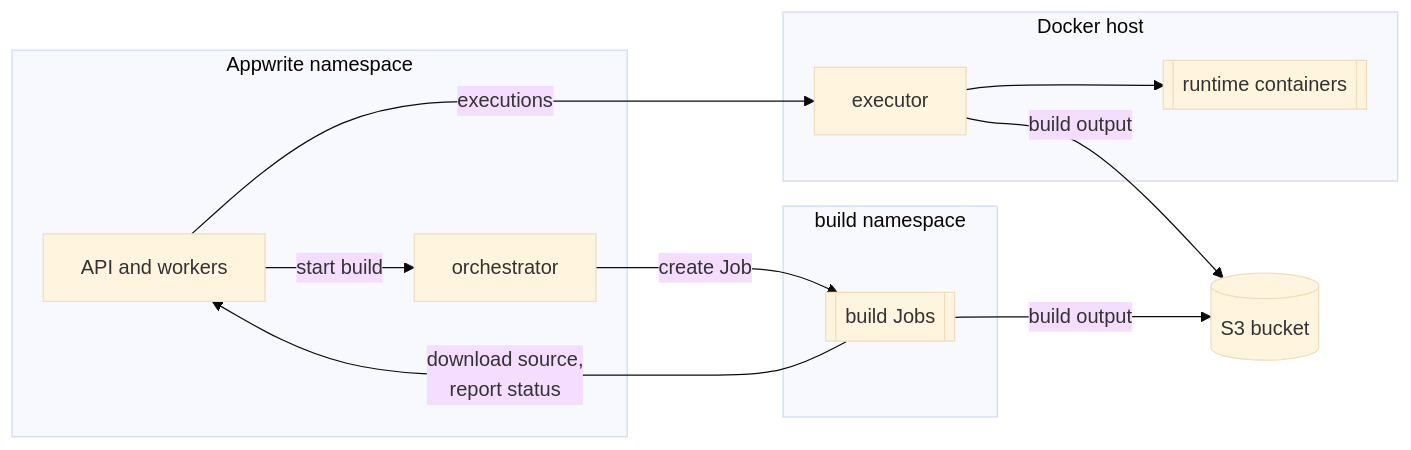
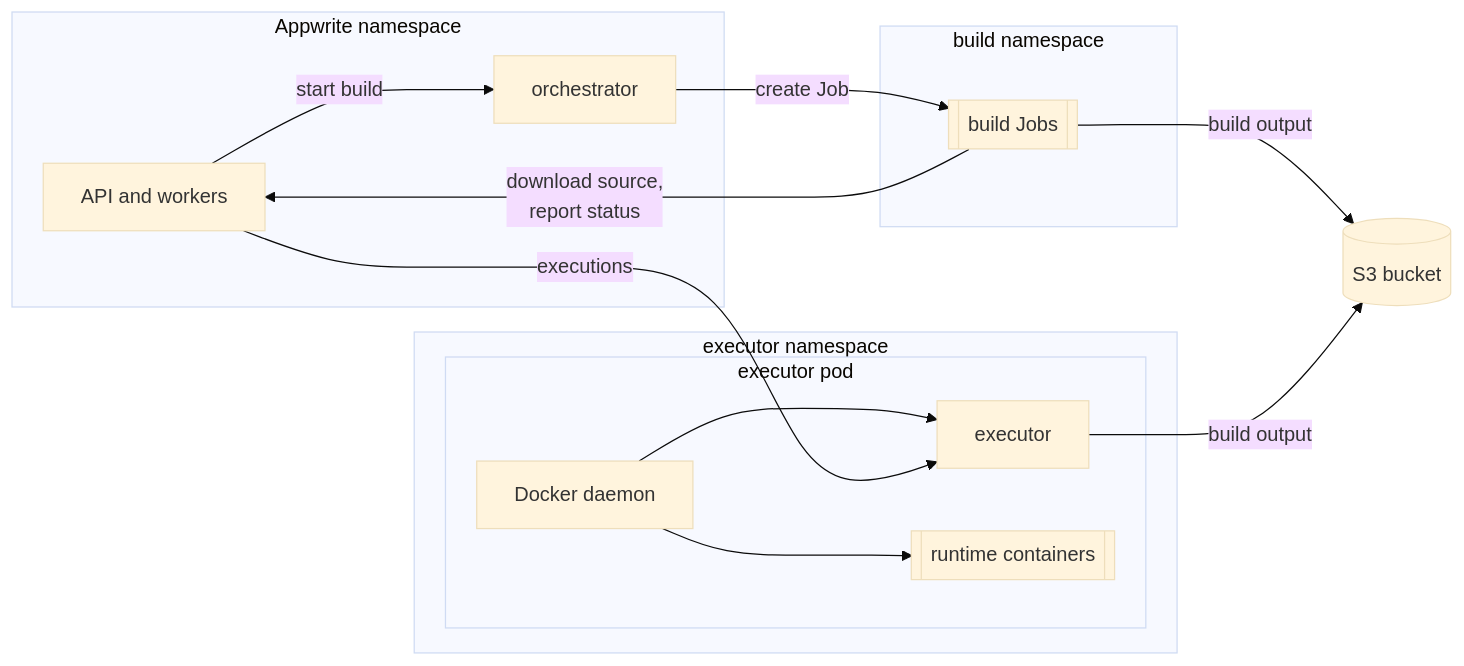
The diagram in docs/executor.md (appwrite/helm-chart), drawn with Mermaid (base theme) before and after one commit. The commit also changed other lines of this file and 35 other files, not shown here.

````diff
--- a/docs/executor.md
+++ b/docs/executor.md
@@ -18,20 +21,22 @@
 ```mermaid
 flowchart LR
   subgraph ns[Appwrite namespace]
     api[API and workers]
     orch[orchestrator]
   end
   subgraph bns[build namespace]
     job[[build Jobs]]
   end
-  subgraph host[Docker host]
-    executor[executor] --> runtimes[[runtime containers]]
+  subgraph ens[executor namespace]
+    subgraph pod[executor pod]
+      dind[Docker daemon] --> executor[executor] & runtimes[[runtime containers]]
+    end
   end
   s3[(S3 bucket)]
   api -- "start build" --> orch
   orch -- "create Job" --> job
   job -- "download source,\nreport status" --> api
   job -- "build output" --> s3
   api -- "executions" --> executor
   executor -- "build output" --> s3
 ```
````
